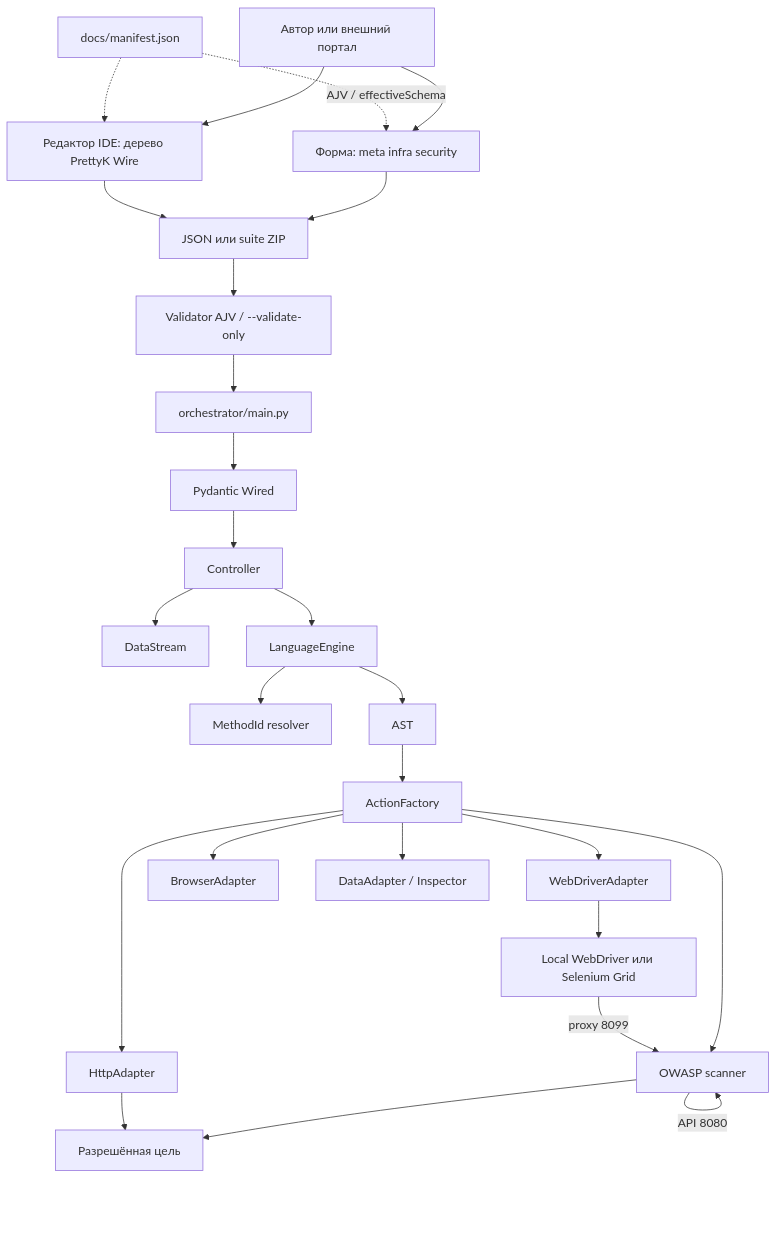
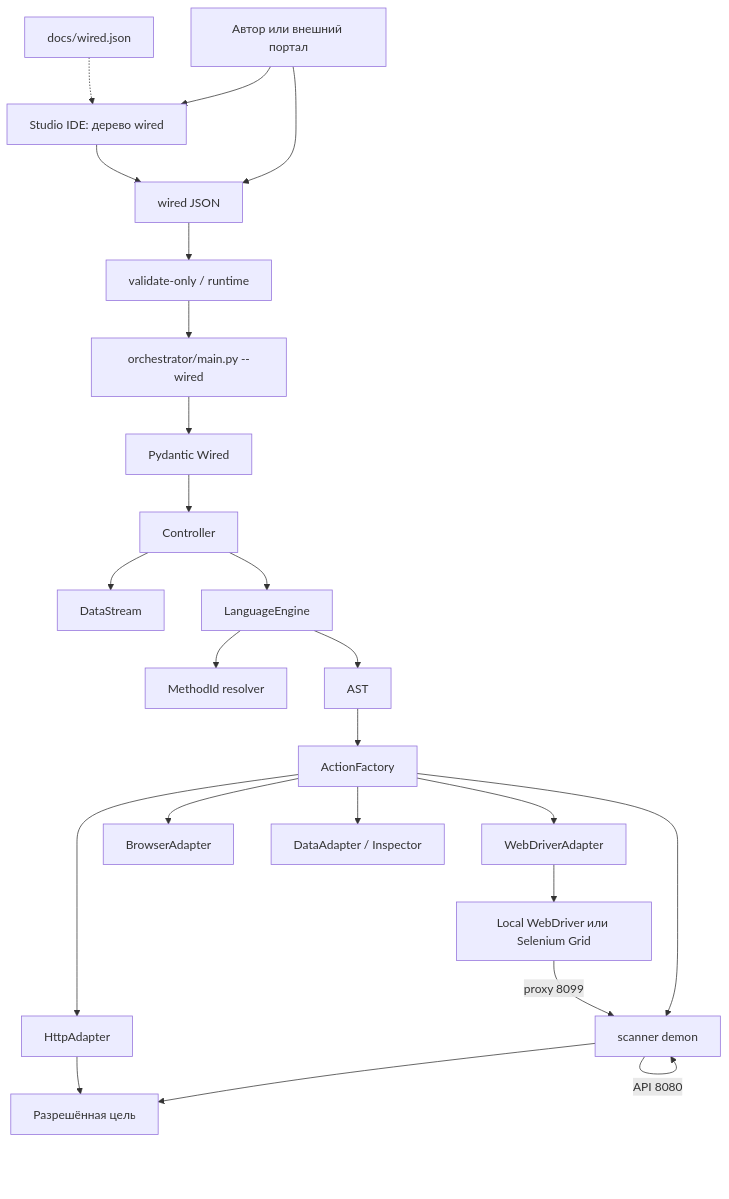
Before and after one commit to prettyk-io/prettyk-secops: the first of 3 diagrams in docs/prettyk.md, drawn with Mermaid. The commit also changed other lines of this file and 138 other files, not shown here.

````diff
--- a/docs/prettyk.md
+++ b/docs/prettyk.md
@@ -74,32 +73,30 @@
 ```mermaid
 flowchart TB
-  Author[Автор или внешний портал] --> Form[Форма: meta infra security]
-  Author --> Editor[Редактор IDE: дерево PrettyK Wire]
-  Form --> Wired[JSON или suite ZIP]
-  Editor --> Wired
-  Schema[docs/manifest.json] -.->|AJV / effectiveSchema| Form
-  Schema -.-> Editor
+  Author[Автор или внешний портал] --> Editor[Studio IDE: дерево wired]
+  Author --> WiredFile[wired JSON]
+  Editor --> WiredFile
+  Schema[docs/wired.json] -.-> Editor
 
-  Wired --> Val[Validator AJV / --validate-only]
-  Val --> Main[orchestrator/main.py]
+  WiredFile --> Val[validate-only / runtime]
+  Val --> Main[orchestrator/main.py --wired]
   Main --> Model[Pydantic Wired]
   Model --> Controller[Controller]
 
   Controller --> Stream[DataStream]
   Controller --> Language[LanguageEngine]
   Language --> MethodId[MethodId resolver]
   Language --> AST[AST]
   AST --> Factory[ActionFactory]
 
   Factory --> WD[WebDriverAdapter]
   Factory --> Browser[BrowserAdapter]
   Factory --> scanner[scannerAdapter]
   Factory --> HTTP[HttpAdapter]
   Factory --> Data[DataAdapter / Inspector]
 
   WD --> Driver[Local WebDriver или Selenium Grid]
-  Driver -->|proxy 8099| scanner[OWASP scanner]
+  Driver -->|proxy 8099| scanner[scanner demon]
   scanner -->|API 8080| scanner
   scanner --> Target[Разрешённая цель]
   HTTP --> Target
 ```
````
